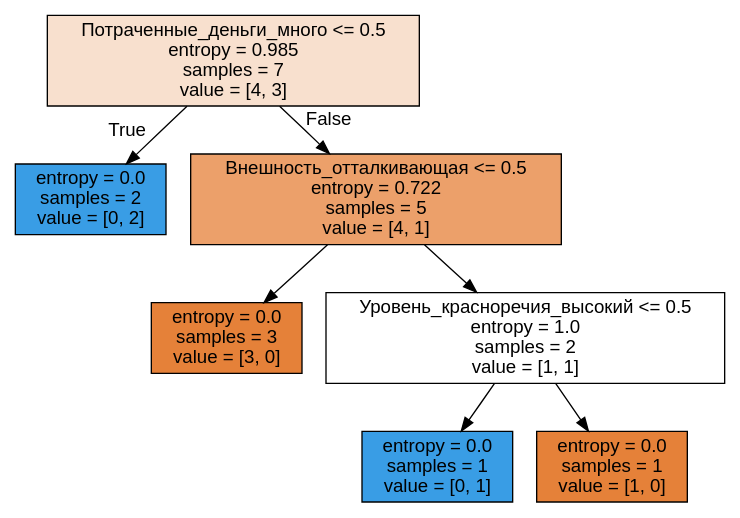
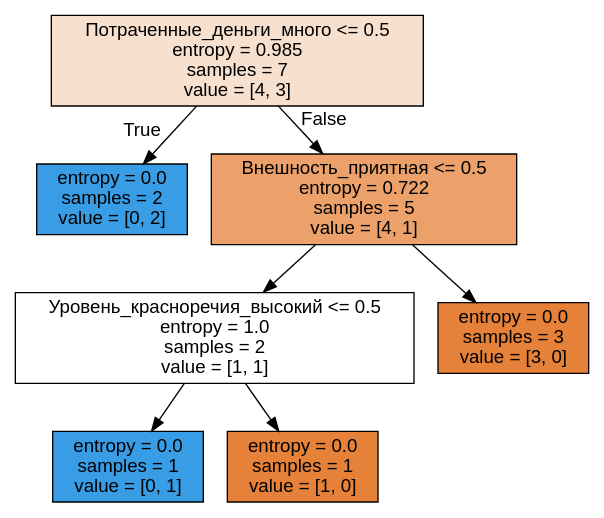
One commit to BratKAS/BigData-DataScience changed the diagram in jupyter_russian/assignments_demo/tree_1.dot. Above: the diagram before and after it, drawn with Graphviz. The commit also changed 3 other files, not shown here.

```diff
--- a/jupyter_russian/assignments_demo/tree_1.dot
+++ b/jupyter_russian/assignments_demo/tree_1.dot
@@ -1,17 +1,17 @@
 digraph Tree {
 node [shape=box, style="filled", color="black", fontname="helvetica"] ;
 edge [fontname="helvetica"] ;
 0 [label="Потраченные_деньги_много <= 0.5\nentropy = 0.985\nsamples = 7\nvalue = [4, 3]", fillcolor="#f8e0ce"] ;
 1 [label="entropy = 0.0\nsamples = 2\nvalue = [0, 2]", fillcolor="#399de5"] ;
 0 -> 1 [labeldistance=2.5, labelangle=45, headlabel="True"] ;
-2 [label="Внешность_отталкивающая <= 0.5\nentropy = 0.722\nsamples = 5\nvalue = [4, 1]", fillcolor="#eca06a"] ;
+2 [label="Внешность_приятная <= 0.5\nentropy = 0.722\nsamples = 5\nvalue = [4, 1]", fillcolor="#eca06a"] ;
 0 -> 2 [labeldistance=2.5, labelangle=-45, headlabel="False"] ;
-3 [label="entropy = 0.0\nsamples = 3\nvalue = [3, 0]", fillcolor="#e58139"] ;
+3 [label="Уровень_красноречия_высокий <= 0.5\nentropy = 1.0\nsamples = 2\nvalue = [1, 1]", fillcolor="#ffffff"] ;
 2 -> 3 ;
-4 [label="Уровень_красноречия_высокий <= 0.5\nentropy = 1.0\nsamples = 2\nvalue = [1, 1]", fillcolor="#ffffff"] ;
-2 -> 4 ;
-5 [label="entropy = 0.0\nsamples = 1\nvalue = [0, 1]", fillcolor="#399de5"] ;
-4 -> 5 ;
-6 [label="entropy = 0.0\nsamples = 1\nvalue = [1, 0]", fillcolor="#e58139"] ;
-4 -> 6 ;
+4 [label="entropy = 0.0\nsamples = 1\nvalue = [0, 1]", fillcolor="#399de5"] ;
+3 -> 4 ;
+5 [label="entropy = 0.0\nsamples = 1\nvalue = [1, 0]", fillcolor="#e58139"] ;
+3 -> 5 ;
+6 [label="entropy = 0.0\nsamples = 3\nvalue = [3, 0]", fillcolor="#e58139"] ;
+2 -> 6 ;
 }
```
